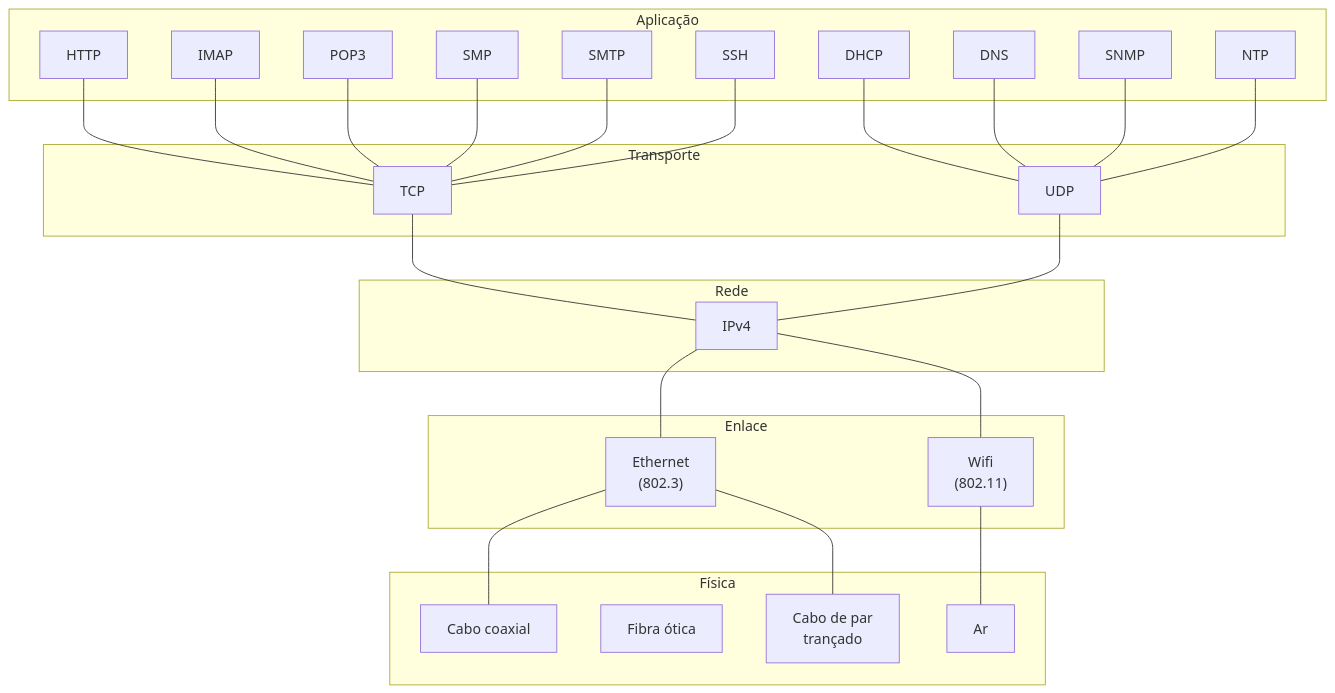
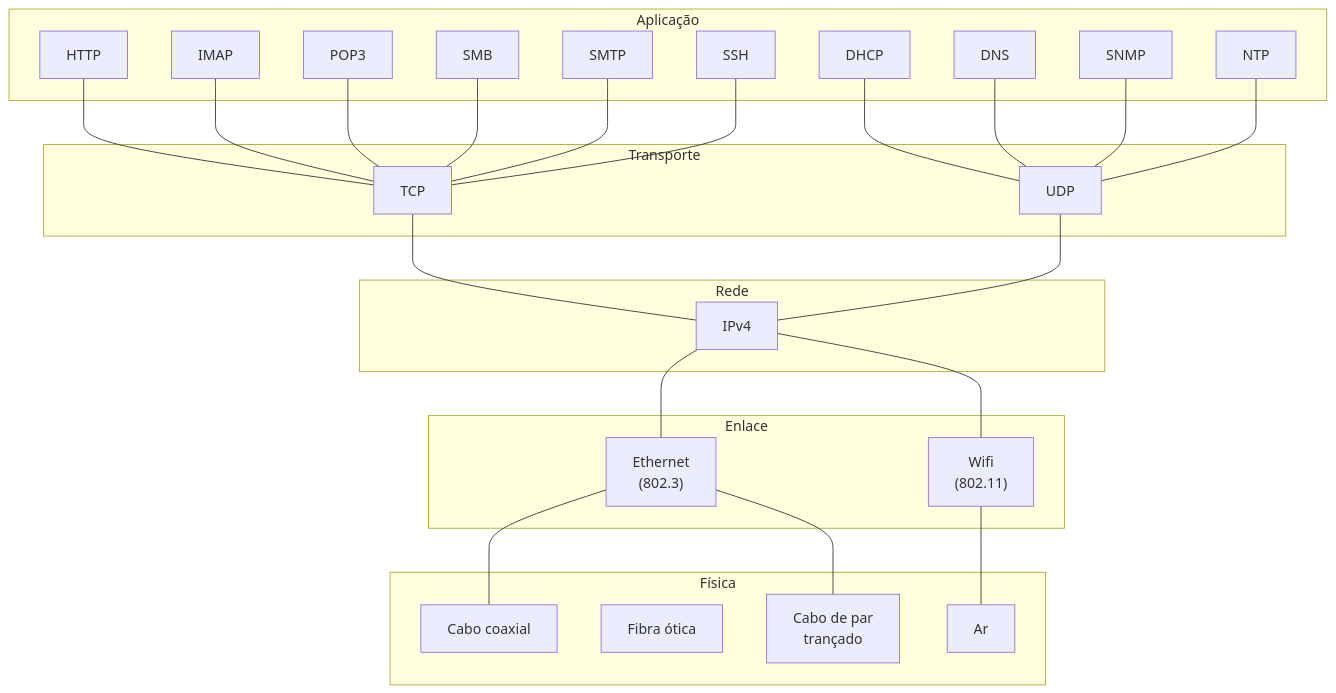
The diagram in diagramas/fluxogramas/protocolos-tcp-ip.md (ifrnlab/netlab), drawn with Mermaid before and after one commit.

````diff
--- a/diagramas/fluxogramas/protocolos-tcp-ip.md
+++ b/diagramas/fluxogramas/protocolos-tcp-ip.md
@@ -3,48 +3,48 @@
 ```mermaid
 graph BT
 
   %% Declaração de um sub-grafo para cada camada
   
   subgraph Aplicação
     dhcp[DHCP]
     dns[DNS]
     http[HTTP]
     imap[IMAP]
     pop3[POP3]
-    smb[SMP]
+    smb[SMB]
     smtp[SMTP]
     snmp[SNMP]
     ssh[SSH]
     ntp[NTP]
   end
 
   subgraph Transporte
     tcp[TCP]
     udp[UDP]
   end
 
   subgraph Rede
     ipv4[IPv4]
   end
   
   subgraph Enlace
     ethernet["Ethernet<br>(802.3)"]
     wifi["Wifi<br>(802.11)"]
   end
   
   subgraph Física
     coaxial[Cabo coaxial]
     fibra[Fibra ótica]
     utp["Cabo de par<br>trançado"]
     ar[Ar]
   end
   
   coaxial & utp --- ethernet
   ar --- wifi
   
   
   ethernet & wifi --- ipv4
   ipv4 --- tcp & udp
   udp --- dhcp & dns & snmp & ntp
   tcp --- http & imap & pop3 & smb & smtp & ssh
 ```
````
